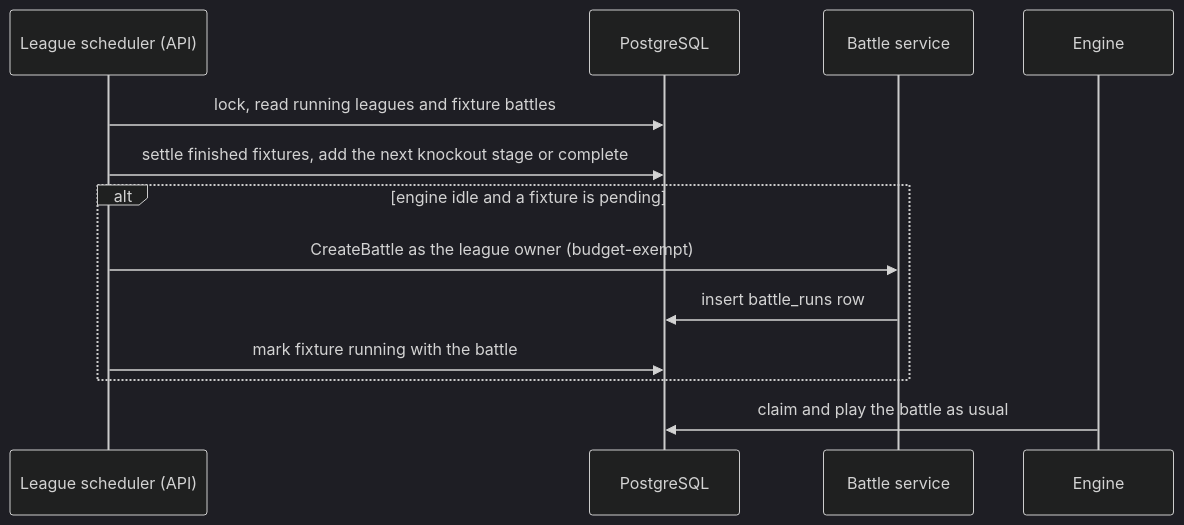
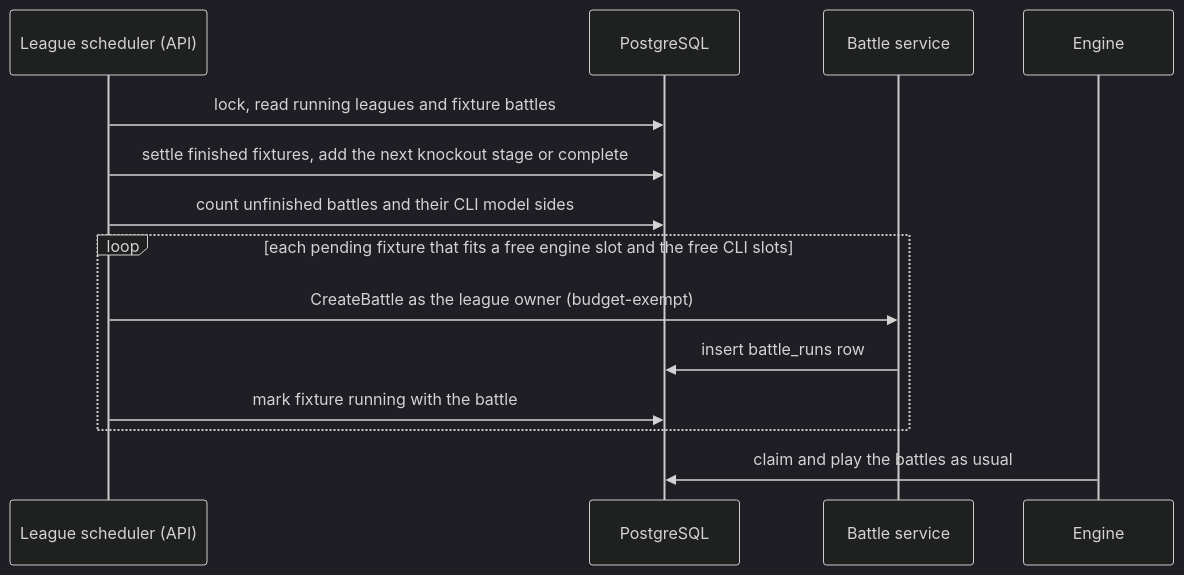
Before and after one commit to twhAuto/autonomous_battlefield: the fourth of 4 diagrams in docs/architecture/system-architecture.md, drawn with Mermaid (dark theme). The commit also changed other lines of this file and 26 other files, not shown here.

First line of the commit message:
AB-187: Run league battles in every free engine slot

````diff
--- a/docs/architecture/system-architecture.md
+++ b/docs/architecture/system-architecture.md
@@ -382,15 +382,16 @@
 ```mermaid
 sequenceDiagram
     participant S as League scheduler (API)
     participant DB as PostgreSQL
     participant B as Battle service
     participant E as Engine
     S->>DB: lock, read running leagues and fixture battles
     S->>DB: settle finished fixtures, add the next knockout stage or complete
-    alt engine idle and a fixture is pending
+    S->>DB: count unfinished battles and their CLI model sides
+    loop each pending fixture that fits a free engine slot and the free CLI slots
         S->>B: CreateBattle as the league owner (budget-exempt)
         B->>DB: insert battle_runs row
         S->>DB: mark fixture running with the battle
     end
-    E->>DB: claim and play the battle as usual
+    E->>DB: claim and play the battles as usual
 ```
````
